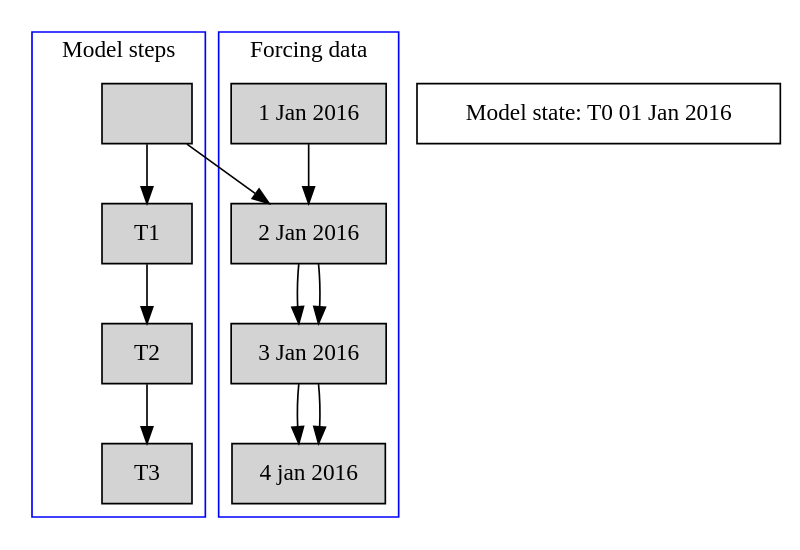
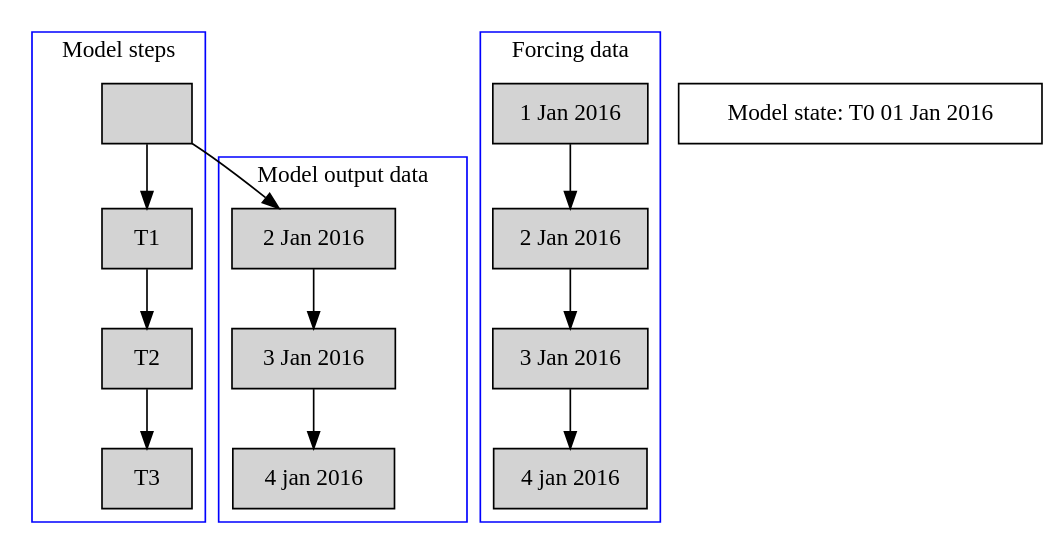
Before and after one commit to openstreams/wflow: the second of 2 diagrams in doc/wf_DynamicFramework.rst, drawn with Graphviz.

```diff
--- a/doc/wf_DynamicFramework.rst
+++ b/doc/wf_DynamicFramework.rst
@@ -389,30 +389,30 @@
 .. graphviz::
 
     digraph G {
         node [shape=box]
 
         subgraph cluster_1 {
 	    	node [style=filled];
 		    " "  -> T1 -> T2 -> T3;
 		    label = "Model steps";
 		    color=blue
 	    }
 
         subgraph cluster_2 {
 	    	node [style=filled];
 		    "1 Jan 2016" -> "2 Jan 2016" -> "3 Jan 2016" -> "4 jan 2016";
 		    label = "Forcing data";
 		    color=blue
 	    }
 
         subgraph cluster_3 {
 	    	node [style=filled];
-		    " " -> "2 Jan 2016" -> "3 Jan 2016" -> "4 jan 2016";
+		    " " -> " 2 Jan 2016" -> " 3 Jan 2016" -> " 4 jan 2016";
 		    label = "Model output data";
 		    color=blue
 	    }
 
         "Model state: T0 01 Jan 2016";
 
 
     }
```
